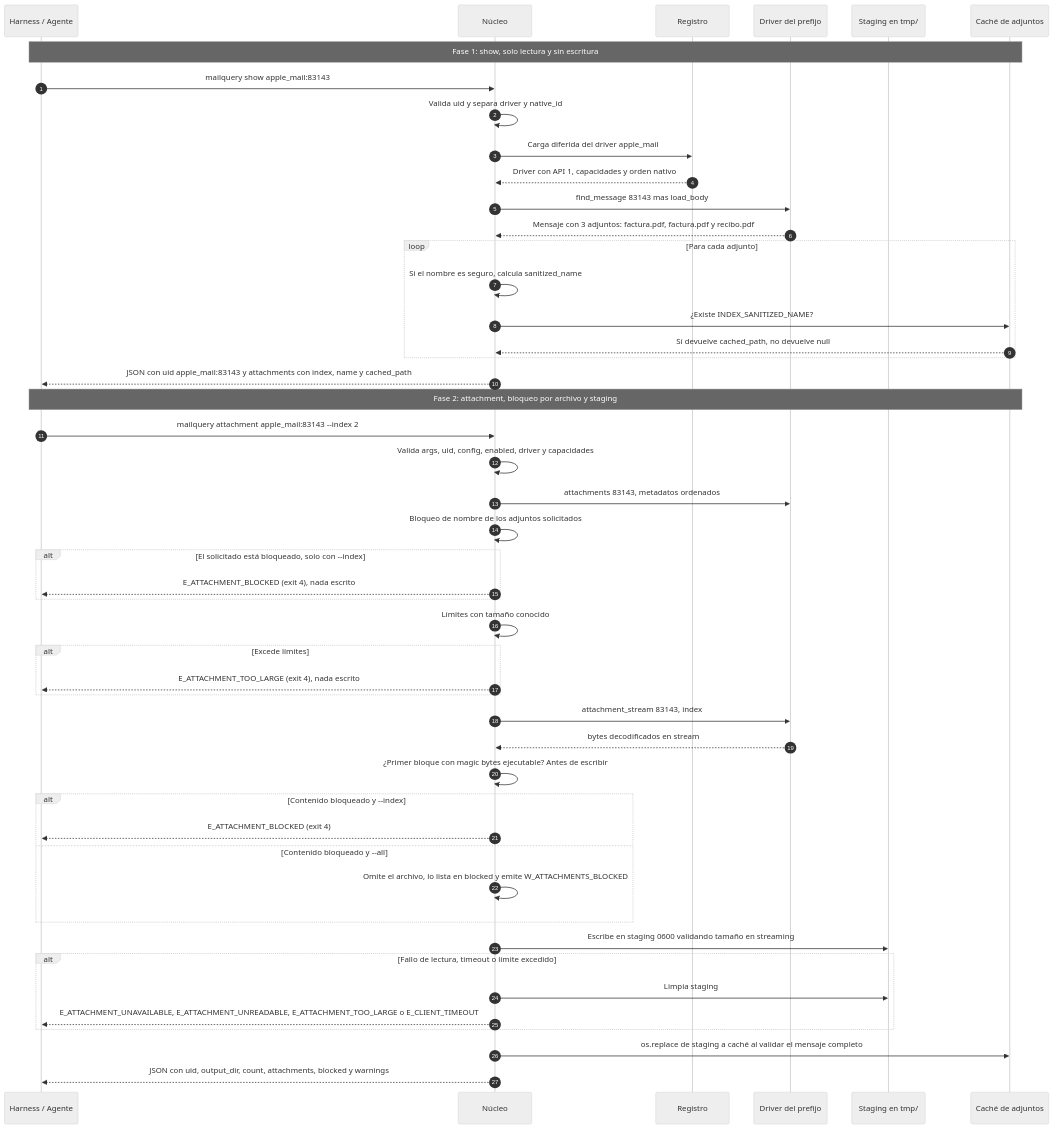
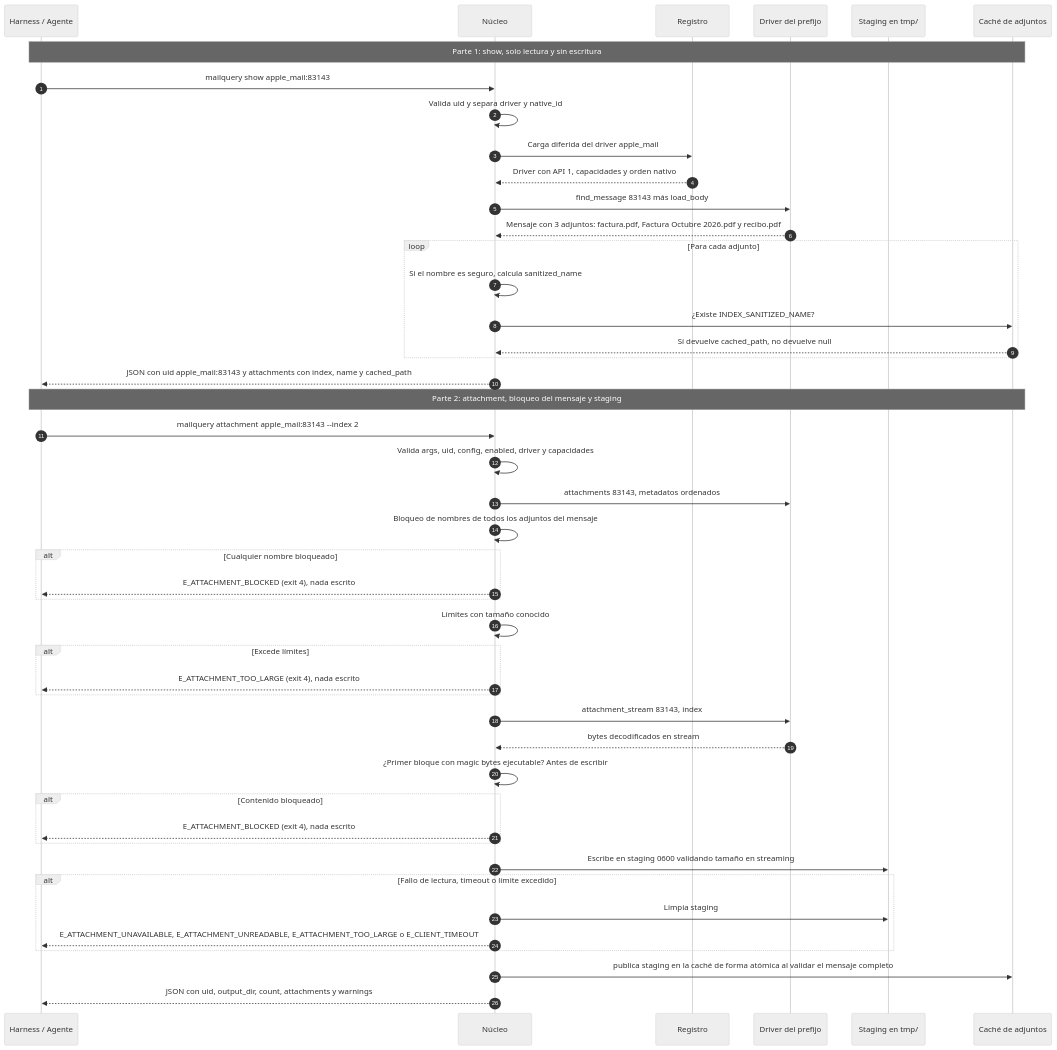
Before and after one commit to dayler/mailquery: the second of 2 diagrams in docs/PRD-v2.1.md, drawn with Mermaid (neutral theme). The commit also changed other lines of this file, not shown here.

````diff
--- a/docs/PRD-v2.1.md
+++ b/docs/PRD-v2.1.md
@@ -260,52 +283,50 @@
 ```mermaid
 sequenceDiagram
     autonumber
     participant H as Harness / Agente
     participant Core as Núcleo
     participant REG as Registro
     participant BK as Driver del prefijo
     participant ST as Staging en tmp/
     participant FS as Caché de adjuntos
 
-    Note over H,FS: Fase 1: show, solo lectura y sin escritura
+    Note over H,FS: Parte 1: show, solo lectura y sin escritura
     H->>Core: mailquery show apple_mail:83143
     Core->>Core: Valida uid y separa driver y native_id
     Core->>REG: Carga diferida del driver apple_mail
     REG-->>Core: Driver con API 1, capacidades y orden nativo
-    Core->>BK: find_message 83143 mas load_body
-    BK-->>Core: Mensaje con 3 adjuntos: factura.pdf, factura.pdf y recibo.pdf
+    Core->>BK: find_message 83143 más load_body
+    BK-->>Core: Mensaje con 3 adjuntos: factura.pdf, Factura Octubre 2026.pdf y recibo.pdf
     loop Para cada adjunto
         Core->>Core: Si el nombre es seguro, calcula sanitized_name
         Core->>FS: ¿Existe INDEX_SANITIZED_NAME?
         FS-->>Core: Sí devuelve cached_path, no devuelve null
     end
     Core-->>H: JSON con uid apple_mail:83143 y attachments con index, name y cached_path
 
-    Note over H,FS: Fase 2: attachment, bloqueo por archivo y staging
+    Note over H,FS: Parte 2: attachment, bloqueo del mensaje y staging
     H->>Core: mailquery attachment apple_mail:83143 --index 2
     Core->>Core: Valida args, uid, config, enabled, driver y capacidades
     Core->>BK: attachments 83143, metadatos ordenados
-    Core->>Core: Bloqueo de nombre de los adjuntos solicitados
-    alt El solicitado está bloqueado, solo con --index
+    Core->>Core: Bloqueo de nombres de todos los adjuntos del mensaje
+    alt Cualquier nombre bloqueado
         Core-->>H: E_ATTACHMENT_BLOCKED (exit 4), nada escrito
     end
     Core->>Core: Límites con tamaño conocido
     alt Excede límites
         Core-->>H: E_ATTACHMENT_TOO_LARGE (exit 4), nada escrito
     end
     Core->>BK: attachment_stream 83143, index
     BK-->>Core: bytes decodificados en stream
     Core->>Core: ¿Primer bloque con magic bytes ejecutable? Antes de escribir
-    alt Contenido bloqueado y --index
-        Core-->>H: E_ATTACHMENT_BLOCKED (exit 4)
-    else Contenido bloqueado y --all
-        Core->>Core: Omite el archivo, lo lista en blocked y emite W_ATTACHMENTS_BLOCKED
+    alt Contenido bloqueado
+        Core-->>H: E_ATTACHMENT_BLOCKED (exit 4), nada escrito
     end
     Core->>ST: Escribe en staging 0600 validando tamaño en streaming
     alt Fallo de lectura, timeout o límite excedido
         Core->>ST: Limpia staging
         Core-->>H: E_ATTACHMENT_UNAVAILABLE, E_ATTACHMENT_UNREADABLE, E_ATTACHMENT_TOO_LARGE o E_CLIENT_TIMEOUT
     end
-    Core->>FS: os.replace de staging a caché al validar el mensaje completo
-    Core-->>H: JSON con uid, output_dir, count, attachments, blocked y warnings
+    Core->>FS: publica staging en la caché de forma atómica al validar el mensaje completo
+    Core-->>H: JSON con uid, output_dir, count, attachments y warnings
 ```
````
